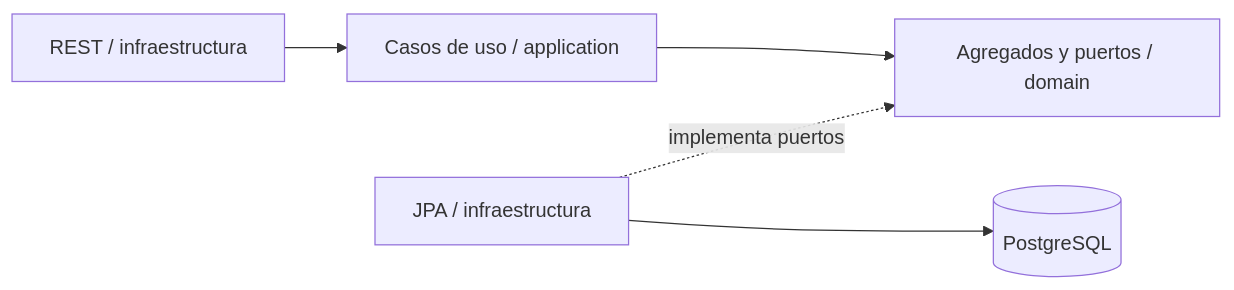
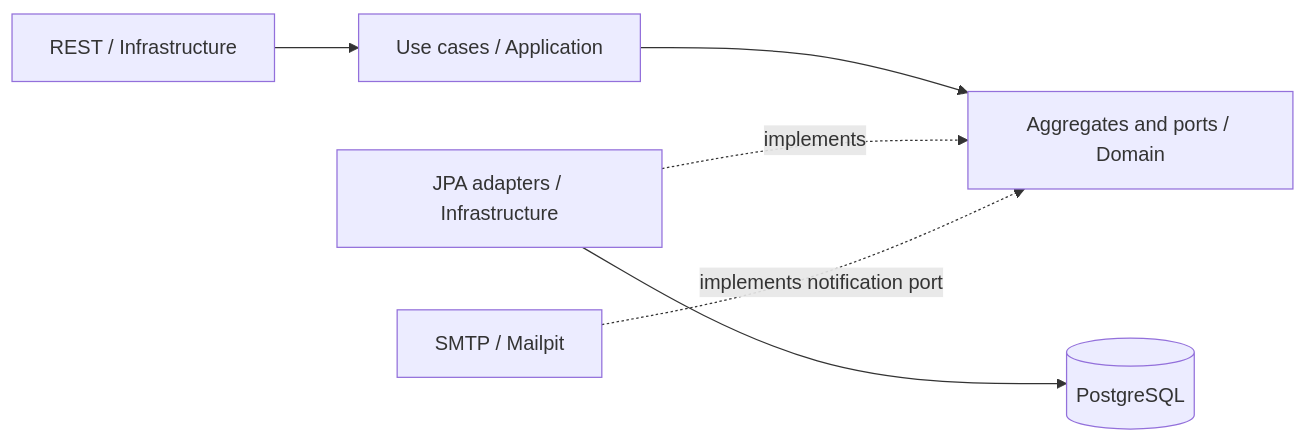
One commit to TuMinipeka/Tool-rental-platform changed the diagram in README.md. Above: the diagram before and after it, drawn with Mermaid. The commit also changed other lines of this file and 44 other files, not shown here.

````diff
--- a/README.md
+++ b/README.md
@@ -76,7 +64,8 @@
 ```mermaid
 flowchart LR
-    HTTP[REST / infraestructura] --> APP[Casos de uso / application]
-    APP --> DOMAIN[Agregados y puertos / domain]
-    JPA[JPA / infraestructura] -. implementa puertos .-> DOMAIN
+    REST[REST / Infrastructure] --> APP[Use cases / Application]
+    APP --> DOMAIN[Aggregates and ports / Domain]
+    JPA[JPA adapters / Infrastructure] -. implements .-> DOMAIN
     JPA --> PG[(PostgreSQL)]
+    SMTP[SMTP / Mailpit] -. implements notification port .-> DOMAIN
 ```
````
